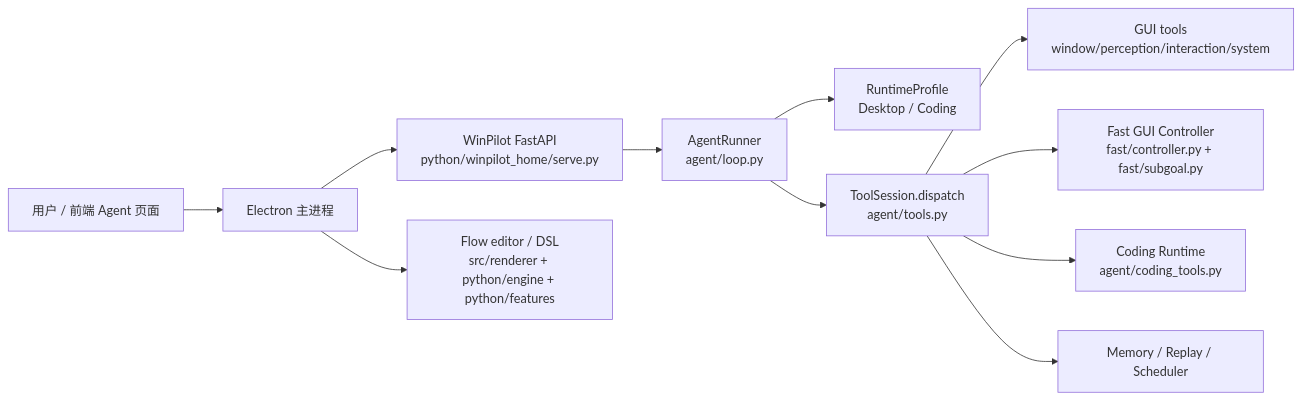
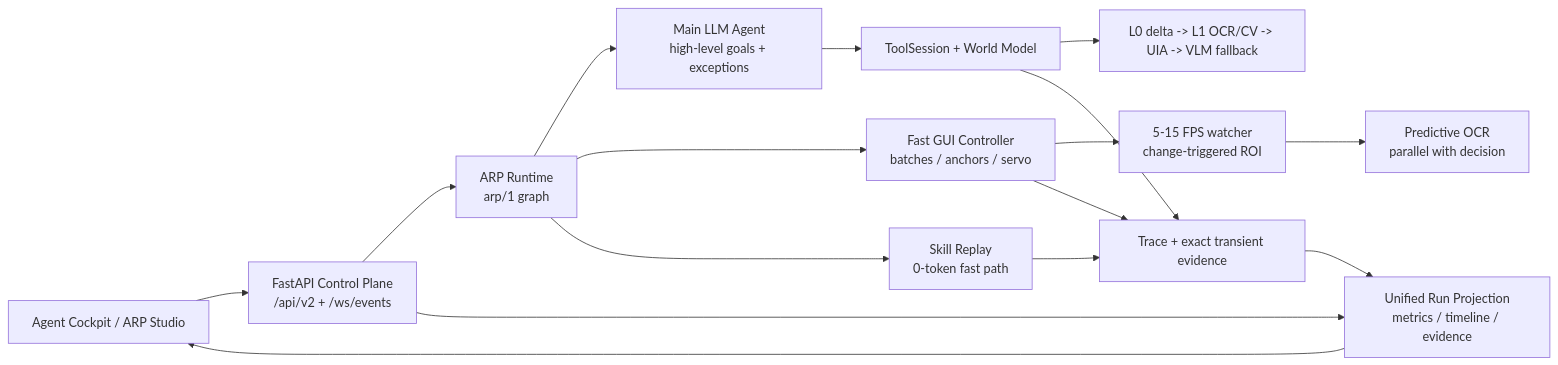
One commit to zoujiapeng/lingdong-script changed the first of 2 diagrams in docs/architecture.md. Above: the diagram before and after it, drawn with Mermaid. The commit also changed other lines of this file and 66 other files, not shown here.

Commit message:
Rearchitect GUI agent around low-latency ARP

````diff
--- a/docs/architecture.md
+++ b/docs/architecture.md
@@ -7,13 +7,18 @@
 ```mermaid
 flowchart LR
-  User["用户 / 前端 Agent 页面"] --> Electron["Electron 主进程"]
-  Electron --> WinPilot["WinPilot FastAPI\npython/winpilot_home/serve.py"]
-  WinPilot --> Runner["AgentRunner\nagent/loop.py"]
-  Runner --> Runtime["RuntimeProfile\nDesktop / Coding"]
-  Runner --> Tools["ToolSession.dispatch\nagent/tools.py"]
-  Tools --> GUI["GUI tools\nwindow/perception/interaction/system"]
-  Tools --> Fast["Fast GUI Controller\nfast/controller.py + fast/subgoal.py"]
-  Tools --> Coding["Coding Runtime\nagent/coding_tools.py"]
-  Tools --> Memory["Memory / Replay / Scheduler"]
-  Electron --> Flow["Flow editor / DSL\nsrc/renderer + python/engine + python/features"]
+  User["Agent Cockpit / ARP Studio"] --> Control["FastAPI Control Plane\n/api/v2 + /ws/events"]
+  Control --> ARP["ARP Runtime\narp/1 graph"]
+  Control --> Projection["Unified Run Projection\nmetrics / timeline / evidence"]
+  ARP --> Runner["Main LLM Agent\nhigh-level goals + exceptions"]
+  ARP --> Controller["Fast GUI Controller\nbatches / anchors / servo"]
+  ARP --> Skills["Skill Replay\n0-token fast path"]
+  Runner --> Tools["ToolSession + World Model"]
+  Tools --> Perception["L0 delta -> L1 OCR/CV -> UIA -> VLM fallback"]
+  Controller --> Watcher["5-15 FPS watcher\nchange-triggered ROI"]
+  Watcher --> Prefetch["Predictive OCR\nparallel with decision"]
+  Tools --> Trace["Trace + exact transient evidence"]
+  Controller --> Trace
+  Skills --> Trace
+  Trace --> Projection
+  Projection --> User
 ```
````
